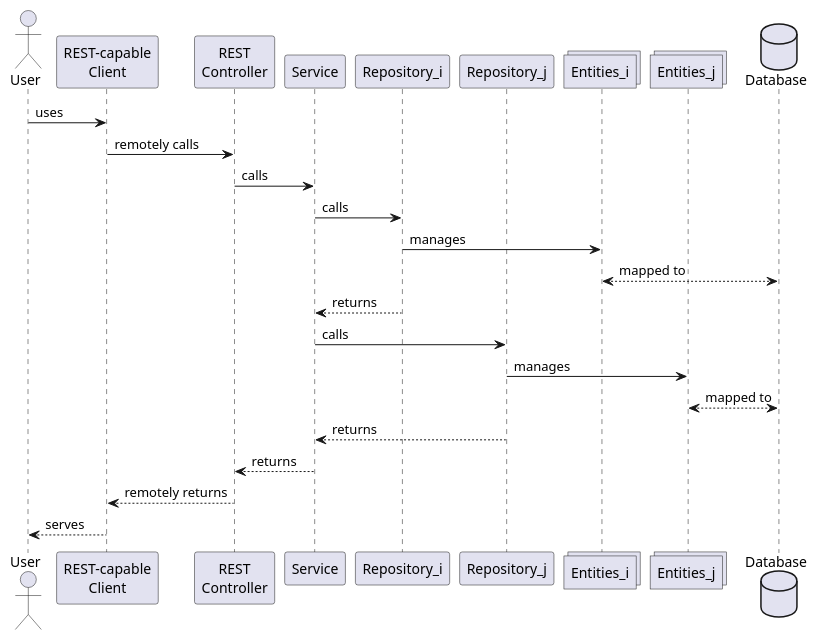
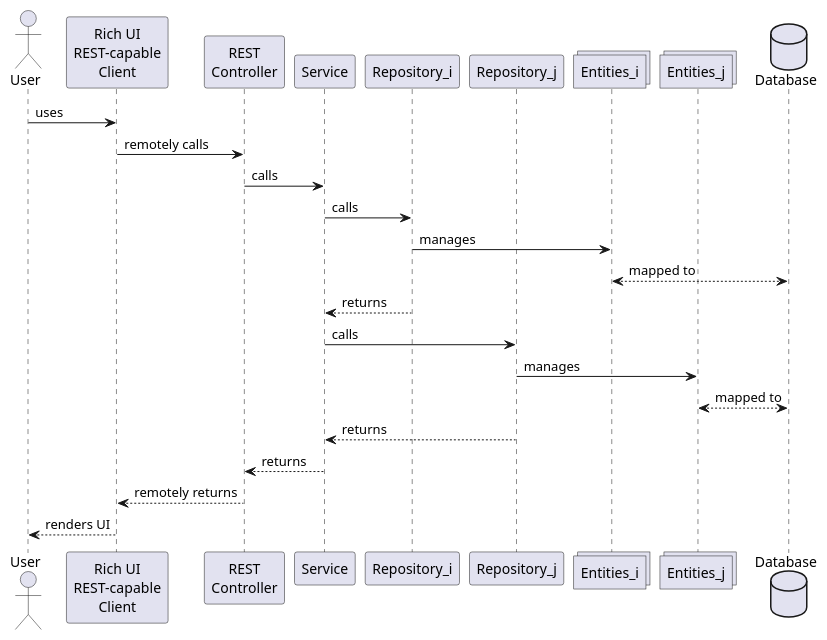
One commit to oiraqi/xcommerce-monolithic changed the diagram in initial/src/main/resources/diagram.sequence.2.rcc.complexe.wsd. Above: the diagram before and after it, drawn with PlantUML. The commit also changed 10 other files, not shown here.

```diff
--- a/initial/src/main/resources/diagram.sequence.2.rcc.complexe.wsd
+++ b/initial/src/main/resources/diagram.sequence.2.rcc.complexe.wsd
@@ -1,25 +1,25 @@
 @startuml SequenceDiagram
-actor User as U
-participant "REST-capable\nClient" as RCC
-participant "REST\nController" as RC
-participant Service as S
-participant Repository_i as Ri
-participant Repository_j as Rj
-collections Entities_i as Ei
-collections Entities_j as Ej
+actor User as User
+participant "Rich UI\nREST-capable\nClient" as Client
+participant "REST\nController" as Controller
+participant Service as Service
+participant Repository_i as Rep_i
+participant Repository_j as Rep_j
+collections Entities_i as Ent_i
+collections Entities_j as Ent_j
 database Database as DB
-U -> RCC : uses
-RCC -> RC : remotely calls
-RC -> S : calls
-S -> Ri : calls
-Ri -> Ei : manages
-Ei <--> DB : mapped to
-Ri --> S : returns
-S -> Rj : calls
-Rj -> Ej : manages
-Ej <--> DB : mapped to
-Rj --> S : returns
-S --> RC : returns
-RC --> RCC : remotely returns
-RCC --> U : serves
+User -> Client : uses
+Client -> Controller : remotely calls
+Controller -> Service : calls
+Service -> Rep_i : calls
+Rep_i -> Ent_i : manages
+Ent_i <--> DB : mapped to
+Rep_i --> Service : returns
+Service -> Rep_j : calls
+Rep_j -> Ent_j : manages
+Ent_j <--> DB : mapped to
+Rep_j --> Service : returns
+Service --> Controller : returns
+Controller --> Client : remotely returns
+Client --> User : renders UI
 @enduml
```
